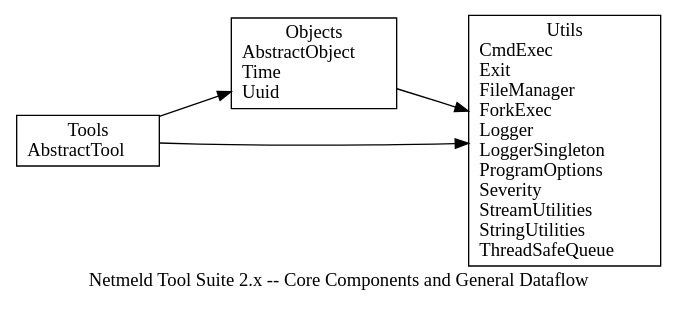
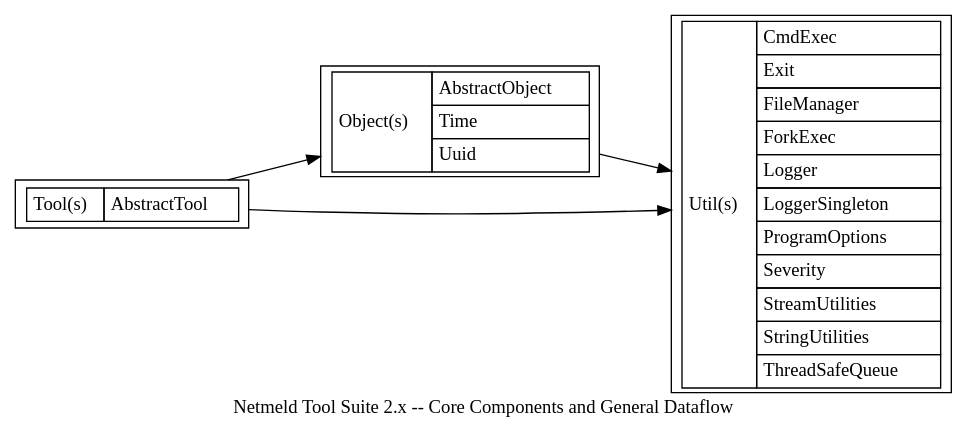
Before and after one commit to netmeld/netmeld: the diagram in core/docs/netmeld-core.dot, drawn with Graphviz. The commit also changed 3 other files, not shown here.

```diff
--- a/core/docs/netmeld-core.dot
+++ b/core/docs/netmeld-core.dot
@@ -1,20 +1,46 @@
 digraph netmeld {
   rankdir=LR;
   nodesep=0.75;
   ranksep=0.75;
   newrank=true;
   splines=spline;
+  compound=true;
+  concentrate=true;
 
   label="Netmeld Tool Suite 2.x -- Core Components and General Dataflow";
 
   // find core -iname "*.hpp" | sort -u
-  // find core/common/utils -iname "*.hpp" -printf '%f\n' | sed -e 's/.hpp/\\l/g' | sort -u | paste -sd '' -
+  // find common/utils/ -iname "*.hpp" -printf '%f\n' | sed -e 's/.hpp//g' | sort -u | sed -e 's/\(.*\)/<tr><td align="left">\1<\/td><\/tr>/g'
 
   node [shape=rectangle];
-  objects [label="Objects\nAbstractObject\lTime\lUuid\l"];
-  tools [label="Tools\nAbstractTool\l"];
-  utils [label="Utils\nCmdExec\lExit\lFileManager\lForkExec\lLogger\lLoggerSingleton\lProgramOptions\lSeverity\lStreamUtilities\lStringUtilities\lThreadSafeQueue\l"];
+  objects [label=<
+    <table border="0" cellborder="1" cellspacing="0" cellpadding="4">
+      <tr><td rowspan="4">Object(s)</td></tr>
+      <tr><td align="left">AbstractObject</td></tr>
+      <tr><td align="left">Time</td></tr>
+      <tr><td align="left">Uuid</td></tr>
+    </table>>];
+  tools [label=<
+    <table border="0" cellborder="1" cellspacing="0" cellpadding="4">
+      <tr><td rowspan="2">Tool(s)</td></tr>
+      <tr><td align="left">AbstractTool</td></tr>
+    </table>>];
+  utils [label=<
+    <table border="0" cellborder="1" cellspacing="0" cellpadding="4">
+      <tr><td rowspan="12">Util(s)</td></tr>
+      <tr><td align="left">CmdExec</td></tr>
+      <tr><td align="left">Exit</td></tr>
+      <tr><td align="left">FileManager</td></tr>
+      <tr><td align="left">ForkExec</td></tr>
+      <tr><td align="left">Logger</td></tr>
+      <tr><td align="left">LoggerSingleton</td></tr>
+      <tr><td align="left">ProgramOptions</td></tr>
+      <tr><td align="left">Severity</td></tr>
+      <tr><td align="left">StreamUtilities</td></tr>
+      <tr><td align="left">StringUtilities</td></tr>
+      <tr><td align="left">ThreadSafeQueue</td></tr>
+    </table>>];
 
   tools->{objects utils};
   objects->utils;
 }
```
